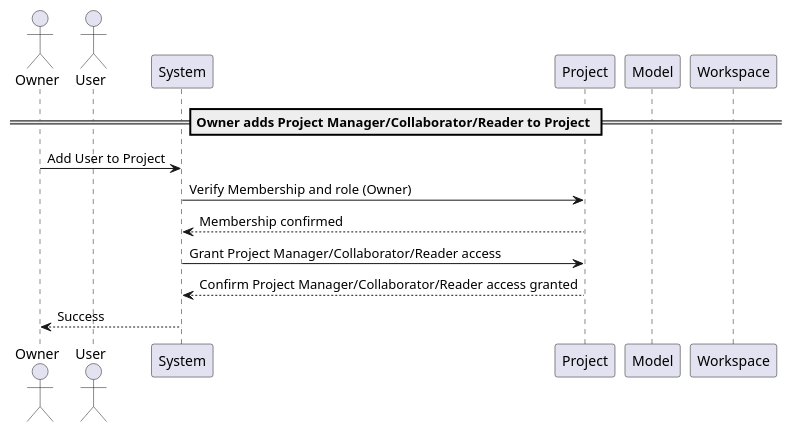
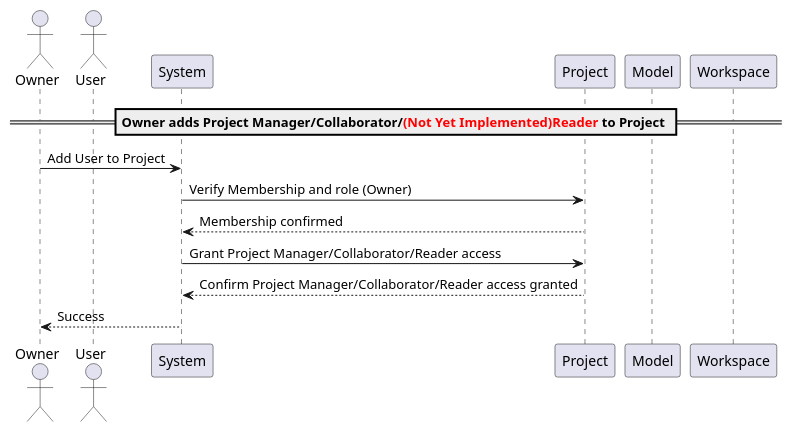
One commit to Ministry-of-Learning-of-Jura-Kites/OmniCam changed the diagram in docs/diagrams/sequences/user_management_sequence.puml. Above: the diagram before and after it, drawn with PlantUML. The commit also changed 2 other files, not shown here.

Commit message:
not yet implemented more

```diff
--- a/docs/diagrams/sequences/user_management_sequence.puml
+++ b/docs/diagrams/sequences/user_management_sequence.puml
@@ -1,17 +1,17 @@
 @startuml overview sequence diagram
 actor Owner
 actor User
 participant System
 participant Project
 participant Model
 participant Workspace
 
-== Owner adds Project Manager/Collaborator/Reader to Project ==
+== Owner adds Project Manager/Collaborator/<color:red>(Not Yet Implemented)Reader</color> to Project ==
 Owner -> System: Add User to Project
 System -> Project: Verify Membership and role (Owner)
 Project --> System: Membership confirmed
 System -> Project: Grant Project Manager/Collaborator/Reader access
 Project --> System: Confirm Project Manager/Collaborator/Reader access granted
 System --> Owner: Success
 
 @enduml
```
